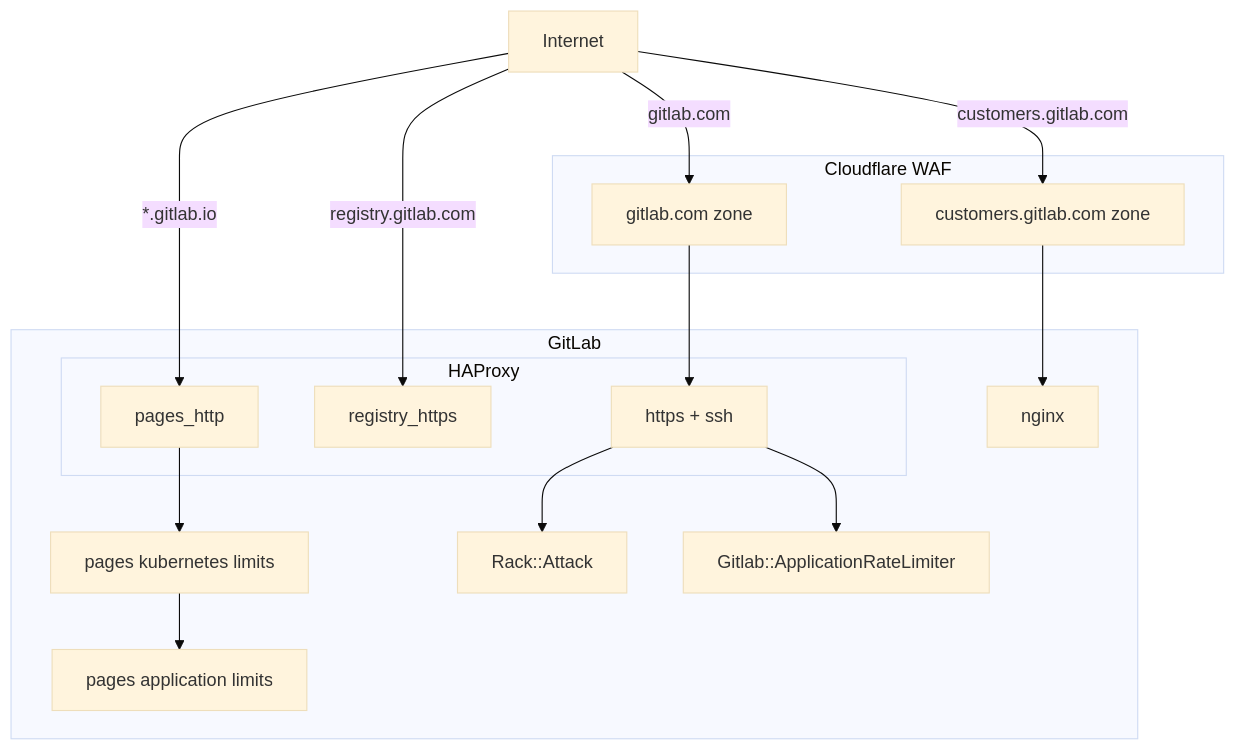
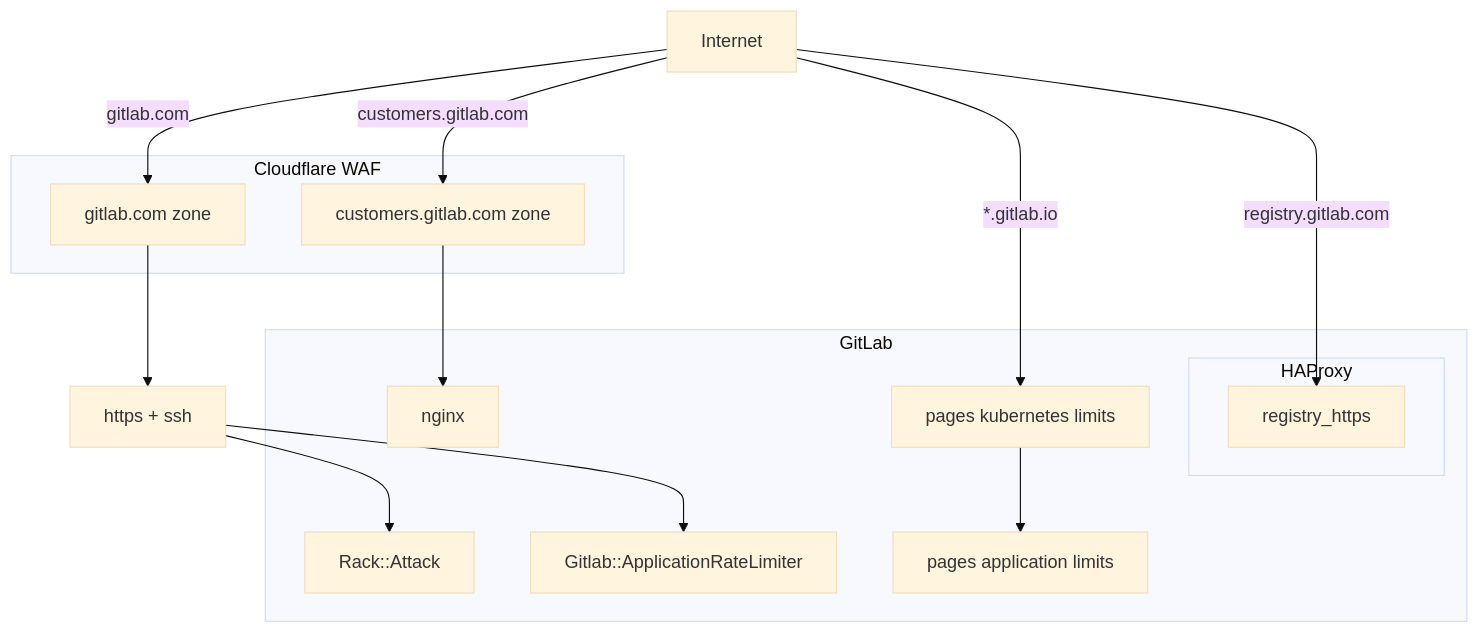
One commit to zalyoung/gitlab-handbook changed the first of 2 diagrams in content/handbook/engineering/infrastructure/rate-limiting/_index.md. Above: the diagram before and after it, drawn with Mermaid (base theme). The commit also changed other lines of this file, not shown here.

````diff
--- a/content/handbook/engineering/infrastructure/rate-limiting/_index.md
+++ b/content/handbook/engineering/infrastructure/rate-limiting/_index.md
@@ -22,29 +22,27 @@
 ```mermaid
 flowchart TD
     A[Internet]
     A -->|gitlab.com| D(Cloudflare WAF)
     A -->|customers.gitlab.com| F
     subgraph ide3 [Cloudflare WAF]
         D[gitlab.com zone]
         F[customers.gitlab.com zone]
     end
-    A -->|*.gitlab.io| C
+    A -->|*.gitlab.io| K
     A -->|registry.gitlab.com| N
     D --> G
     F --> H
+    G[https + ssh]
     subgraph ide2 [GitLab]
         subgraph ide1 [HAProxy]
-            C[pages_http]
             N[registry_https]
-            G[https + ssh]
         end
-        C --> K
         H[nginx]
         K[pages kubernetes limits]
         K-->M[pages application limits]
         I[Rack::Attack]
         J[Gitlab::ApplicationRateLimiter]
     end
     G --> I
     G --> J
 ```
````
